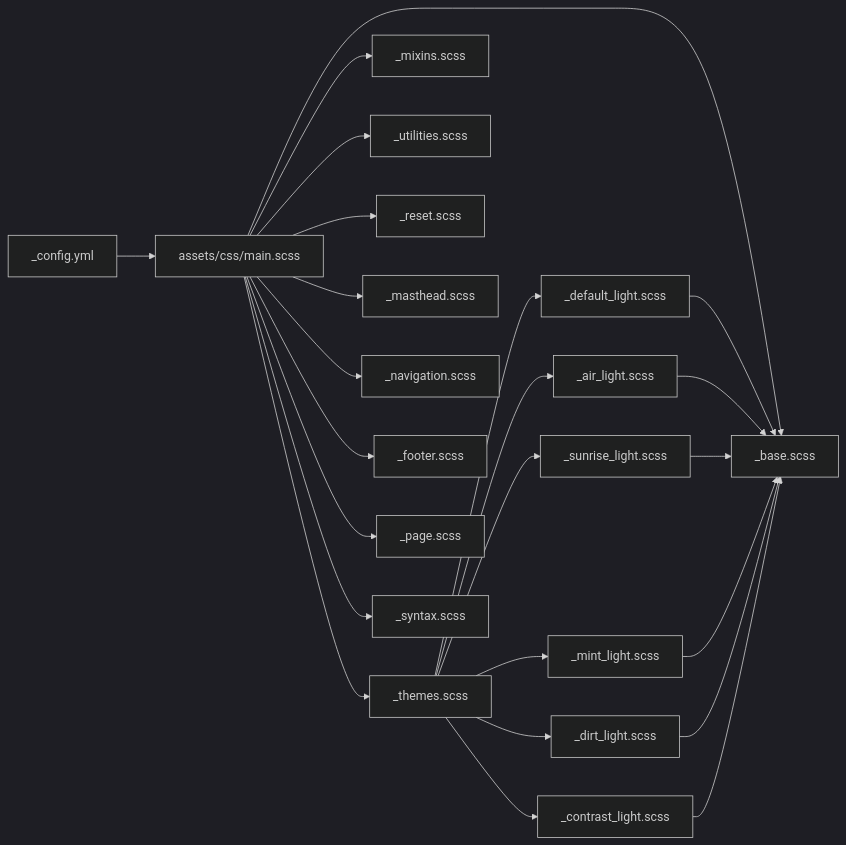
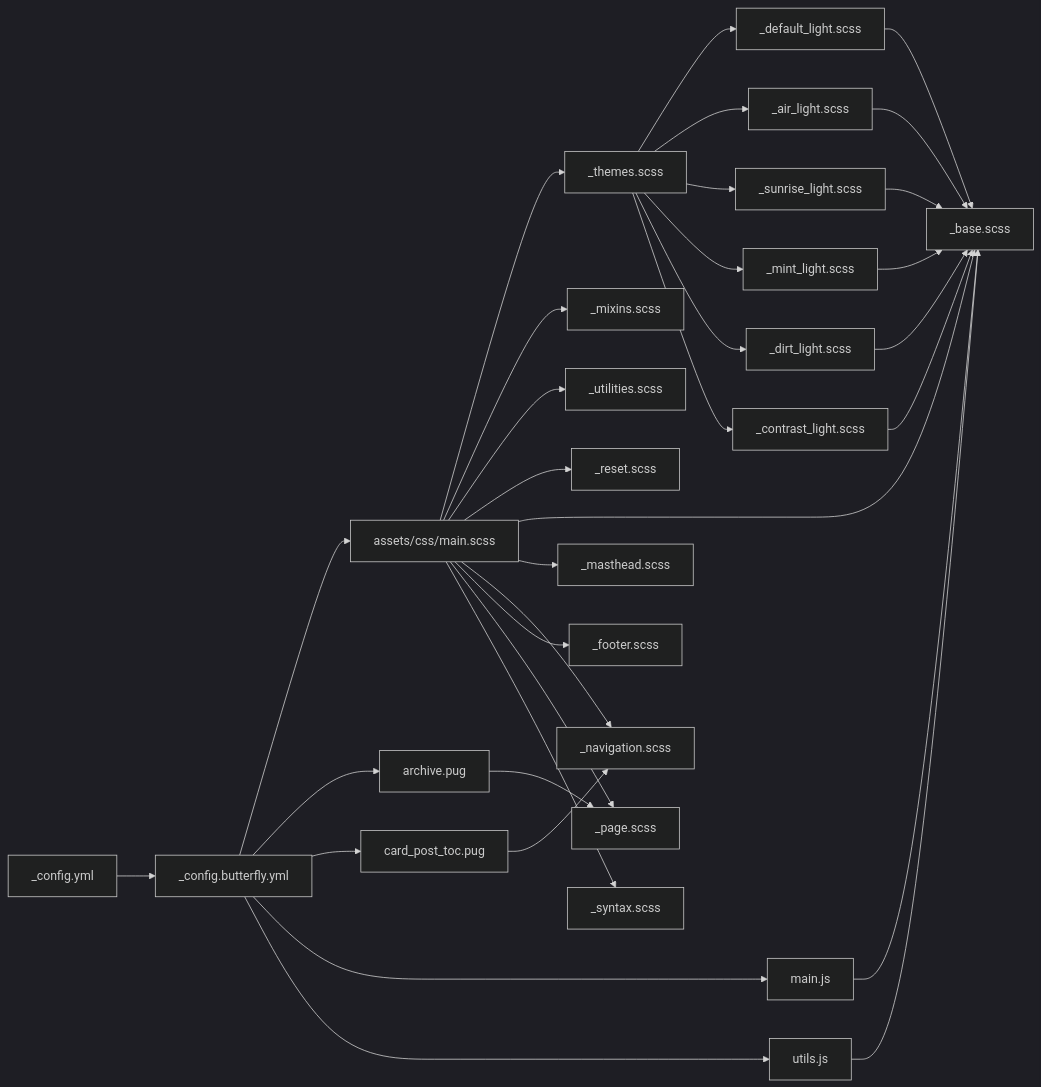
One commit to CoolPig0720/CoolPig0720.github.io changed the fourth of 4 diagrams in .qoder/repowiki/zh/content/主题和样式系统/主题和样式系统.md. Above: the diagram before and after it, drawn with Mermaid (dark theme). The commit also changed other lines of this file and 13 other files, not shown here.

````diff
--- a/.qoder/repowiki/zh/content/主题和样式系统/主题和样式系统.md
+++ b/.qoder/repowiki/zh/content/主题和样式系统/主题和样式系统.md
@@ -319,26 +434,35 @@
 ```mermaid
 graph LR
-CFG["_config.yml"] --> MS["assets/css/main.scss"]
+CFG["_config.yml"] --> BC["_config.butterfly.yml"]
+BC --> MS["assets/css/main.scss"]
 MS --> TH["_themes.scss"]
 MS --> MX["_mixins.scss"]
 MS --> UT["_utilities.scss"]
 MS --> RS["_reset.scss"]
 MS --> BS["_base.scss"]
 MS --> MH["_masthead.scss"]
 MS --> NV["_navigation.scss"]
 MS --> FT["_footer.scss"]
 MS --> PG["_page.scss"]
 MS --> SX["_syntax.scss"]
 TH --> TL["_default_light.scss"]
 TH --> TA["_air_light.scss"]
 TH --> TS["_sunrise_light.scss"]
 TH --> TM["_mint_light.scss"]
 TH --> TD["_dirt_light.scss"]
 TH --> TC["_contrast_light.scss"]
 TL --> BS
 TA --> BS
 TS --> BS
 TM --> BS
 TD --> BS
 TC --> BS
+BC --> AP["archive.pug"]
+BC --> CT["card_post_toc.pug"]
+BC --> MJ["main.js"]
+BC --> UJ["utils.js"]
+AP --> PG
+CT --> NV
+MJ --> BS
+UJ --> BS
 ```
````
